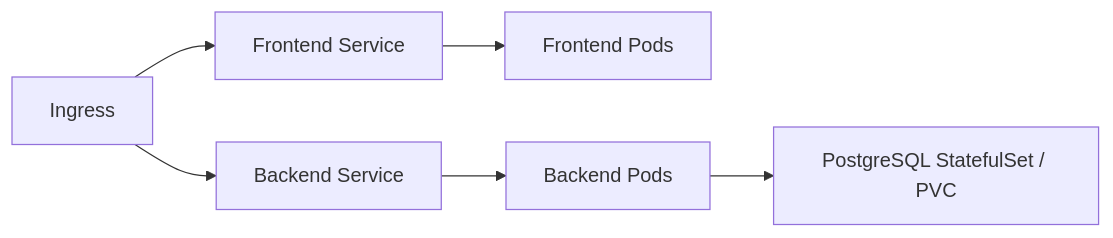
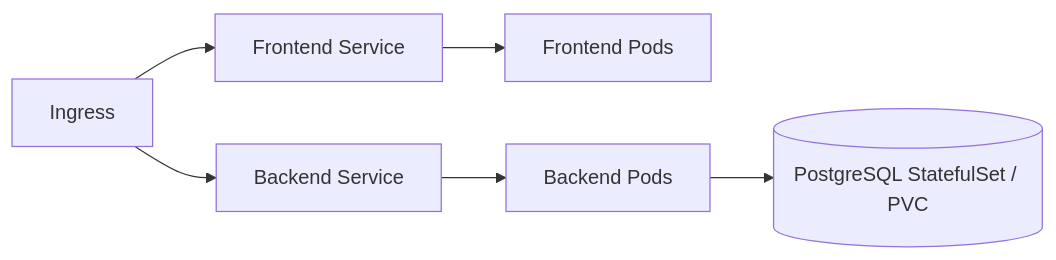
The diagram in kubernetes/README.md (NoteLegend/devOps-TaskBoard), drawn with Mermaid before and after one commit. The commit also changed other lines of this file and 26 other files, not shown here.

````diff
--- a/kubernetes/README.md
+++ b/kubernetes/README.md
@@ -14,8 +11,8 @@
 ```mermaid
 flowchart LR
   Ingress --> FE[Frontend Service]
   Ingress --> BE[Backend Service]
   FE --> Frontend[Frontend Pods]
   BE --> Backend[Backend Pods]
-  Backend --> PostgreSQL[PostgreSQL StatefulSet / PVC]
+  Backend --> DB[(PostgreSQL StatefulSet / PVC)]
 ```
````
